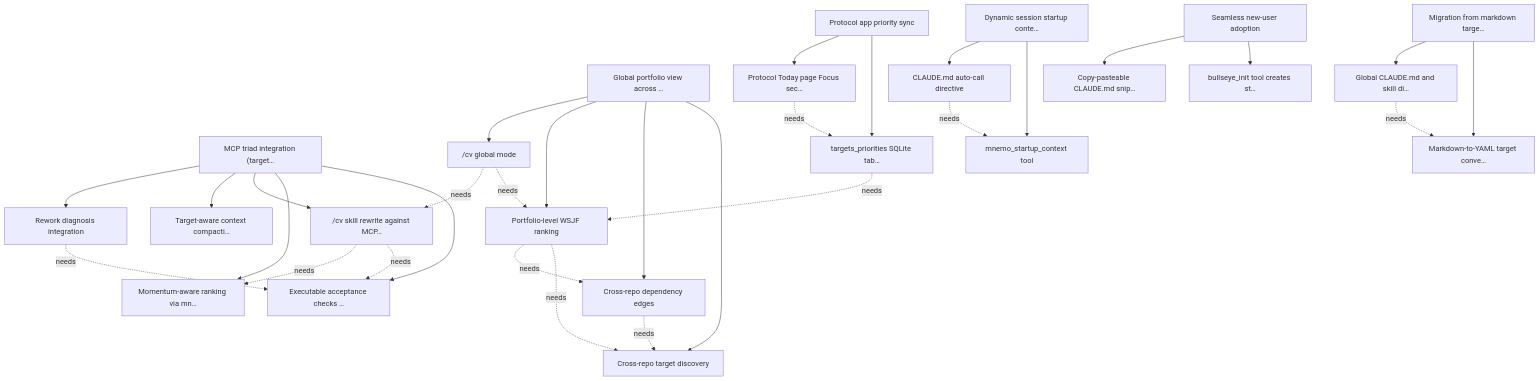
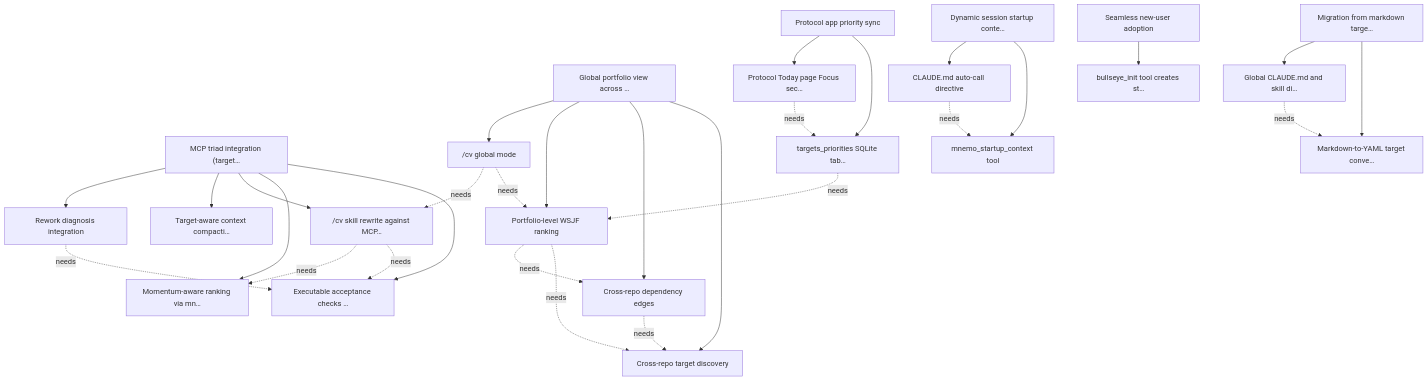
Before and after one commit to marcelocantos/bullseye: the diagram in docs/targets.md, drawn with Mermaid. The commit also changed other lines of this file and 3 other files, not shown here.

First line of the commit message:
Add copy-pasteable CLAUDE.md snippet for agent integration (T6.3)

````diff
--- a/docs/targets.md
+++ b/docs/targets.md
@@ -361,55 +363,53 @@
 ```mermaid
 graph TD
     T1["MCP triad integration (target…"]
     T1_1["Executable acceptance checks …"]
     T1_2["Momentum-aware ranking via mn…"]
     T1_3["/cv skill rewrite against MCP…"]
     T1_4["Target-aware context compacti…"]
     T1_5["Rework diagnosis integration"]
     T2["Global portfolio view across …"]
     T2_1["Cross-repo target discovery"]
     T2_2["Cross-repo dependency edges"]
     T2_3["Portfolio-level WSJF ranking"]
     T2_4["/cv global mode"]
     T3["Protocol app priority sync"]
     T3_1["targets_priorities SQLite tab…"]
     T3_2["Protocol Today page Focus sec…"]
     T4["Dynamic session startup conte…"]
     T4_1["mnemo_startup_context tool"]
     T4_2["CLAUDE.md auto-call directive"]
     T5["Migration from markdown targe…"]
     T5_1["Markdown-to-YAML target conve…"]
     T5_2["Global CLAUDE.md and skill di…"]
     T6["Seamless new-user adoption"]
     T6_1["bullseye_init tool creates st…"]
-    T6_3["Copy-pasteable CLAUDE.md snip…"]
     T1 --> T1_1
     T1 --> T1_2
     T1 --> T1_3
     T1 --> T1_4
     T1 --> T1_5
     T2 --> T2_1
     T2 --> T2_2
     T2 --> T2_3
     T2 --> T2_4
     T3 --> T3_1
     T3 --> T3_2
     T4 --> T4_1
     T4 --> T4_2
     T5 --> T5_1
     T5 --> T5_2
     T6 --> T6_1
-    T6 --> T6_3
     T1_3 -.->|needs| T1_1
     T1_3 -.->|needs| T1_2
     T1_5 -.->|needs| T1_1
     T2_2 -.->|needs| T2_1
     T2_3 -.->|needs| T2_1
     T2_3 -.->|needs| T2_2
     T2_4 -.->|needs| T2_3
     T2_4 -.->|needs| T1_3
     T3_1 -.->|needs| T2_3
     T3_2 -.->|needs| T3_1
     T4_2 -.->|needs| T4_1
     T5_2 -.->|needs| T5_1
 ```
````
